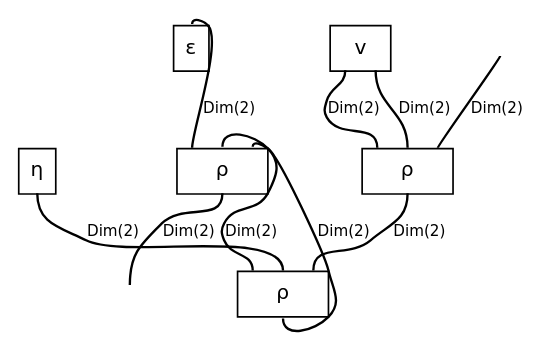
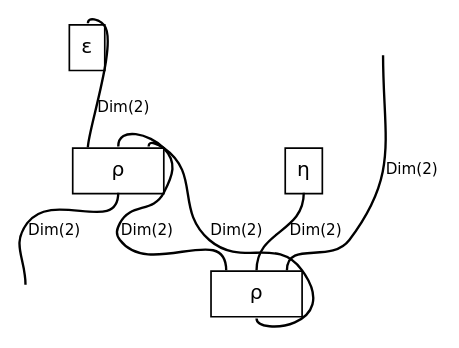
One commit to daydream6728/discopy changed the diagram in docs/_static/hopf/ribbon-functor.dot. Above: the diagram before and after it, drawn with Graphviz. The commit also changed 4 other files, not shown here.

```diff
--- a/docs/_static/hopf/ribbon-functor.dot
+++ b/docs/_static/hopf/ribbon-functor.dot
@@ -1,24 +1,19 @@
 graph cmap {
   graph [bgcolor="white", fontname="DejaVu Sans", layout="dot", margin="0.04", outputorder="edgesfirst", overlap="false", rankdir="TB", splines="true"];
   node [color="black", fontname="DejaVu Sans", fontsize="12", margin="0", shape="plain"];
   edge [color="black", fontname="DejaVu Sans", fontsize="9", headclip="true", penwidth="1.4", tailclip="true"];
-  v0 [label=<<TABLE BORDER="0" CELLBORDER="0" CELLSPACING="0"><TR><TD BORDER="1" CELLPADDING="6" COLSPAN="2" WIDTH="36">v</TD></TR><TR><TD PORT="p2" TOOLTIP="cod 0: Dim(2) (down)" BORDER="0" CELLPADDING="0" COLSPAN="1" WIDTH="18" HEIGHT="0"></TD><TD PORT="p1" TOOLTIP="cod 1: Dim(2) (down)" BORDER="0" CELLPADDING="0" COLSPAN="1" WIDTH="18" HEIGHT="0"></TD></TR></TABLE>>];
-  v1 [label=<<TABLE BORDER="0" CELLBORDER="0" CELLSPACING="0"><TR><TD PORT="p3" TOOLTIP="dom 0: Dim(2) (up)" BORDER="0" CELLPADDING="0" COLSPAN="1" WIDTH="18" HEIGHT="0"></TD><TD PORT="p4" TOOLTIP="dom 1: Dim(2) (up)" BORDER="0" CELLPADDING="0" COLSPAN="1" WIDTH="18" HEIGHT="0"></TD><TD PORT="p5" TOOLTIP="dom 2: Dim(2) (up)" BORDER="0" CELLPADDING="0" COLSPAN="1" WIDTH="18" HEIGHT="0"></TD></TR><TR><TD BORDER="1" CELLPADDING="6" COLSPAN="3" WIDTH="54">ρ</TD></TR><TR><TD PORT="p6" TOOLTIP="cod 0: Dim(2) (down)" BORDER="0" CELLPADDING="0" COLSPAN="3" WIDTH="54" HEIGHT="0"></TD></TR></TABLE>>];
-  v2 [label=<<TABLE BORDER="0" CELLBORDER="0" CELLSPACING="0"><TR><TD PORT="p7" TOOLTIP="dom 0: Dim(2) (up)" BORDER="0" CELLPADDING="0" COLSPAN="1" WIDTH="18" HEIGHT="0"></TD></TR><TR><TD BORDER="1" CELLPADDING="6" COLSPAN="1" WIDTH="18">ε</TD></TR></TABLE>>];
-  v3 [label=<<TABLE BORDER="0" CELLBORDER="0" CELLSPACING="0"><TR><TD BORDER="1" CELLPADDING="6" COLSPAN="1" WIDTH="18">η</TD></TR><TR><TD PORT="p8" TOOLTIP="cod 0: Dim(2) (down)" BORDER="0" CELLPADDING="0" COLSPAN="1" WIDTH="18" HEIGHT="0"></TD></TR></TABLE>>];
-  v4 [label=<<TABLE BORDER="0" CELLBORDER="0" CELLSPACING="0"><TR><TD PORT="p9" TOOLTIP="dom 0: Dim(2) (up)" BORDER="0" CELLPADDING="0" COLSPAN="1" WIDTH="18" HEIGHT="0"></TD><TD PORT="p10" TOOLTIP="dom 1: Dim(2) (up)" BORDER="0" CELLPADDING="0" COLSPAN="1" WIDTH="18" HEIGHT="0"></TD><TD PORT="p11" TOOLTIP="dom 2: Dim(2) (up)" BORDER="0" CELLPADDING="0" COLSPAN="1" WIDTH="18" HEIGHT="0"></TD></TR><TR><TD BORDER="1" CELLPADDING="6" COLSPAN="3" WIDTH="54">ρ</TD></TR><TR><TD PORT="p12" TOOLTIP="cod 0: Dim(2) (down)" BORDER="0" CELLPADDING="0" COLSPAN="3" WIDTH="54" HEIGHT="0"></TD></TR></TABLE>>];
-  v5 [label=<<TABLE BORDER="0" CELLBORDER="0" CELLSPACING="0"><TR><TD PORT="p13" TOOLTIP="dom 0: Dim(2) (up)" BORDER="0" CELLPADDING="0" COLSPAN="1" WIDTH="18" HEIGHT="0"></TD><TD PORT="p14" TOOLTIP="dom 1: Dim(2) (up)" BORDER="0" CELLPADDING="0" COLSPAN="1" WIDTH="18" HEIGHT="0"></TD><TD PORT="p15" TOOLTIP="dom 2: Dim(2) (up)" BORDER="0" CELLPADDING="0" COLSPAN="1" WIDTH="18" HEIGHT="0"></TD></TR><TR><TD BORDER="1" CELLPADDING="6" COLSPAN="3" WIDTH="54">ρ</TD></TR><TR><TD PORT="p16" TOOLTIP="cod 0: Dim(2) (down)" BORDER="0" CELLPADDING="0" COLSPAN="3" WIDTH="54" HEIGHT="0"></TD></TR></TABLE>>];
+  v0 [label=<<TABLE BORDER="0" CELLBORDER="0" CELLSPACING="0"><TR><TD PORT="p1" TOOLTIP="dom 0: Dim(2) (up)" BORDER="0" CELLPADDING="0" COLSPAN="1" WIDTH="18" HEIGHT="0"></TD></TR><TR><TD BORDER="1" CELLPADDING="6" COLSPAN="1" WIDTH="18">ε</TD></TR></TABLE>>];
+  v1 [label=<<TABLE BORDER="0" CELLBORDER="0" CELLSPACING="0"><TR><TD BORDER="1" CELLPADDING="6" COLSPAN="1" WIDTH="18">η</TD></TR><TR><TD PORT="p2" TOOLTIP="cod 0: Dim(2) (down)" BORDER="0" CELLPADDING="0" COLSPAN="1" WIDTH="18" HEIGHT="0"></TD></TR></TABLE>>];
+  v2 [label=<<TABLE BORDER="0" CELLBORDER="0" CELLSPACING="0"><TR><TD PORT="p3" TOOLTIP="dom 0: Dim(2) (up)" BORDER="0" CELLPADDING="0" COLSPAN="1" WIDTH="18" HEIGHT="0"></TD><TD PORT="p4" TOOLTIP="dom 1: Dim(2) (up)" BORDER="0" CELLPADDING="0" COLSPAN="1" WIDTH="18" HEIGHT="0"></TD><TD PORT="p5" TOOLTIP="dom 2: Dim(2) (up)" BORDER="0" CELLPADDING="0" COLSPAN="1" WIDTH="18" HEIGHT="0"></TD></TR><TR><TD BORDER="1" CELLPADDING="6" COLSPAN="3" WIDTH="54">ρ</TD></TR><TR><TD PORT="p6" TOOLTIP="cod 0: Dim(2) (down)" BORDER="0" CELLPADDING="0" COLSPAN="3" WIDTH="54" HEIGHT="0"></TD></TR></TABLE>>];
+  v3 [label=<<TABLE BORDER="0" CELLBORDER="0" CELLSPACING="0"><TR><TD PORT="p7" TOOLTIP="dom 0: Dim(2) (up)" BORDER="0" CELLPADDING="0" COLSPAN="1" WIDTH="18" HEIGHT="0"></TD><TD PORT="p8" TOOLTIP="dom 1: Dim(2) (up)" BORDER="0" CELLPADDING="0" COLSPAN="1" WIDTH="18" HEIGHT="0"></TD><TD PORT="p9" TOOLTIP="dom 2: Dim(2) (up)" BORDER="0" CELLPADDING="0" COLSPAN="1" WIDTH="18" HEIGHT="0"></TD></TR><TR><TD BORDER="1" CELLPADDING="6" COLSPAN="3" WIDTH="54">ρ</TD></TR><TR><TD PORT="p10" TOOLTIP="cod 0: Dim(2) (down)" BORDER="0" CELLPADDING="0" COLSPAN="3" WIDTH="54" HEIGHT="0"></TD></TR></TABLE>>];
   input [label=<<TABLE BORDER="0" CELLBORDER="0" CELLSPACING="0"><TR><TD PORT="p0" TOOLTIP="input 0: Dim(2)" BORDER="0" CELLPADDING="4"></TD></TR></TABLE>>];
-  output [label=<<TABLE BORDER="0" CELLBORDER="0" CELLSPACING="0"><TR><TD PORT="p17" TOOLTIP="output 0: Dim(2)" BORDER="0" CELLPADDING="4"></TD></TR></TABLE>>];
+  output [label=<<TABLE BORDER="0" CELLBORDER="0" CELLSPACING="0"><TR><TD PORT="p11" TOOLTIP="output 0: Dim(2)" BORDER="0" CELLPADDING="4"></TD></TR></TABLE>>];
   { rank=min; input; }
   { rank=max; output; }
-  input:p0:s -- v1:p5:n [label="Dim(2)", labeldistance="1.6", len="0.85"];
-  v0:p1:s -- v1:p4:n [label="Dim(2)", labeldistance="1.6", len="0.85"];
-  v0:p2:s -- v1:p3:n [label="Dim(2)", labeldistance="1.6", len="0.85"];
-  v1:p6:s -- v5:p15:n [label="Dim(2)", labeldistance="1.6", len="0.85"];
-  v2:p7:n -- v4:p9:n [label="Dim(2)", labeldistance="1.6", len="0.85"];
-  v3:p8:s -- v5:p14:n [label="Dim(2)", labeldistance="1.6", len="0.85"];
-  v4:p10:n -- v5:p13:n [label="Dim(2)", labeldistance="1.6", len="0.85"];
-  v4:p11:n -- v5:p16:s [label="Dim(2)", labeldistance="1.6", len="0.85"];
-  v4:p12:s -- output:p17:n [label="Dim(2)", labeldistance="1.6", len="0.85"];
+  input:p0:s -- v3:p9:n [label="Dim(2)", labeldistance="1.6", len="0.85"];
+  v0:p1:n -- v2:p3:n [label="Dim(2)", labeldistance="1.6", len="0.85"];
+  v1:p2:s -- v3:p8:n [label="Dim(2)", labeldistance="1.6", len="0.85"];
+  v2:p4:n -- v3:p7:n [label="Dim(2)", labeldistance="1.6", len="0.85"];
+  v2:p5:n -- v3:p10:s [label="Dim(2)", labeldistance="1.6", len="0.85"];
+  v2:p6:s -- output:p11:n [label="Dim(2)", labeldistance="1.6", len="0.85"];
 }
```
